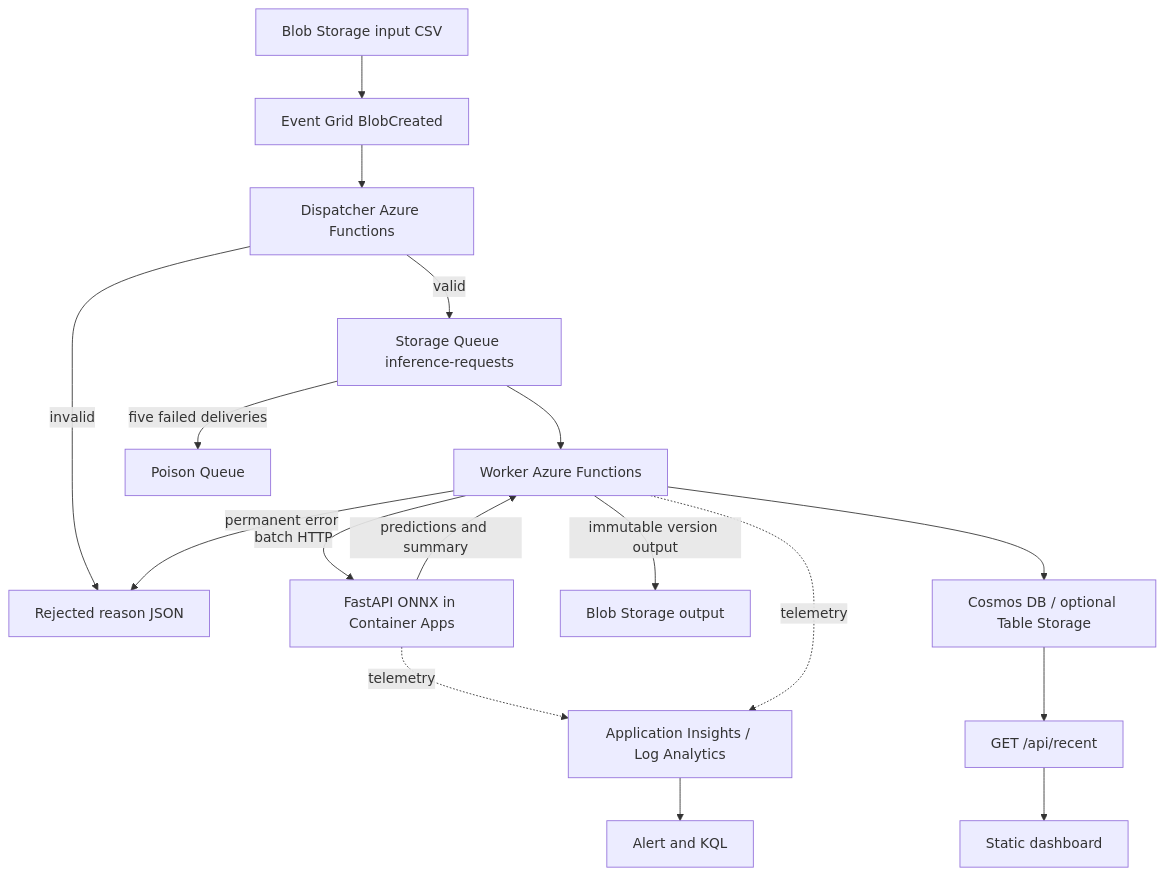
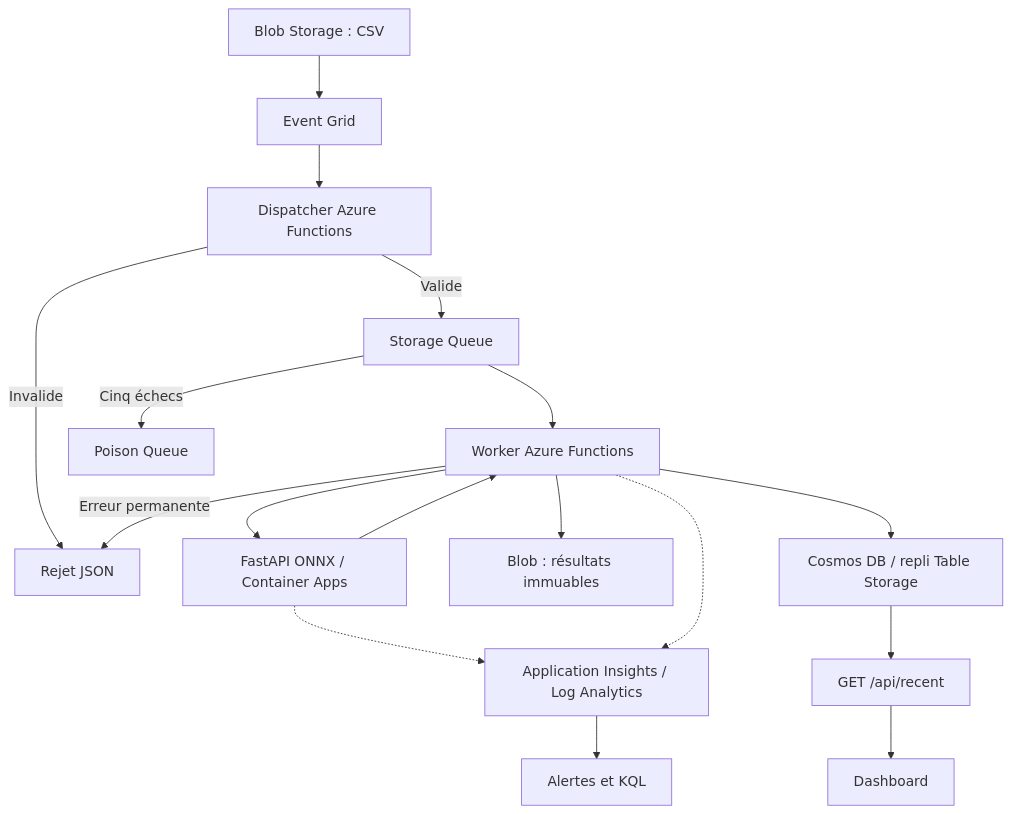
Before and after one commit to GemimaOndele/DSCC-Azure-Event-Driven-ML: the diagram in docs/final-report-draft.md, drawn with Mermaid. The commit also changed other lines of this file, not shown here.

````diff
--- a/docs/final-report-draft.md
+++ b/docs/final-report-draft.md
@@ -39,19 +12,19 @@
 ```mermaid
 flowchart TD
-    I[Blob Storage input CSV] --> E[Event Grid BlobCreated]
-    E --> D[Dispatcher Azure Functions]
-    D -->|valid| Q[Storage Queue inference-requests]
-    D -->|invalid| R[Rejected reason JSON]
-    Q --> W[Worker Azure Functions]
-    W -->|batch HTTP| A[FastAPI ONNX in Container Apps]
-    A -->|predictions and summary| W
-    W -->|immutable version output| O[Blob Storage output]
-    W --> C[Cosmos DB / optional Table Storage]
-    W -->|permanent error| R
-    Q -->|five failed deliveries| P[Poison Queue]
-    C --> V[GET /api/recent]
-    V --> B[Static dashboard]
-    A -. telemetry .-> M[Application Insights / Log Analytics]
-    W -. telemetry .-> M
-    M --> L[Alert and KQL]
+ I[Blob Storage : CSV] --> E[Event Grid]
+ E --> D[Dispatcher Azure Functions]
+ D -->|Valide| Q[Storage Queue]
+ D -->|Invalide| R[Rejet JSON]
+ Q --> W[Worker Azure Functions]
+ W --> A[FastAPI ONNX / Container Apps]
+ A --> W
+ W --> O[Blob : résultats immuables]
+ W --> C[Cosmos DB / repli Table Storage]
+ W -->|Erreur permanente| R
+ Q -->|Cinq échecs| P[Poison Queue]
+ C --> V[GET /api/recent]
+ V --> B[Dashboard]
+ A -.-> M[Application Insights / Log Analytics]
+ W -.-> M
+ M --> L[Alertes et KQL]
 ```
````
